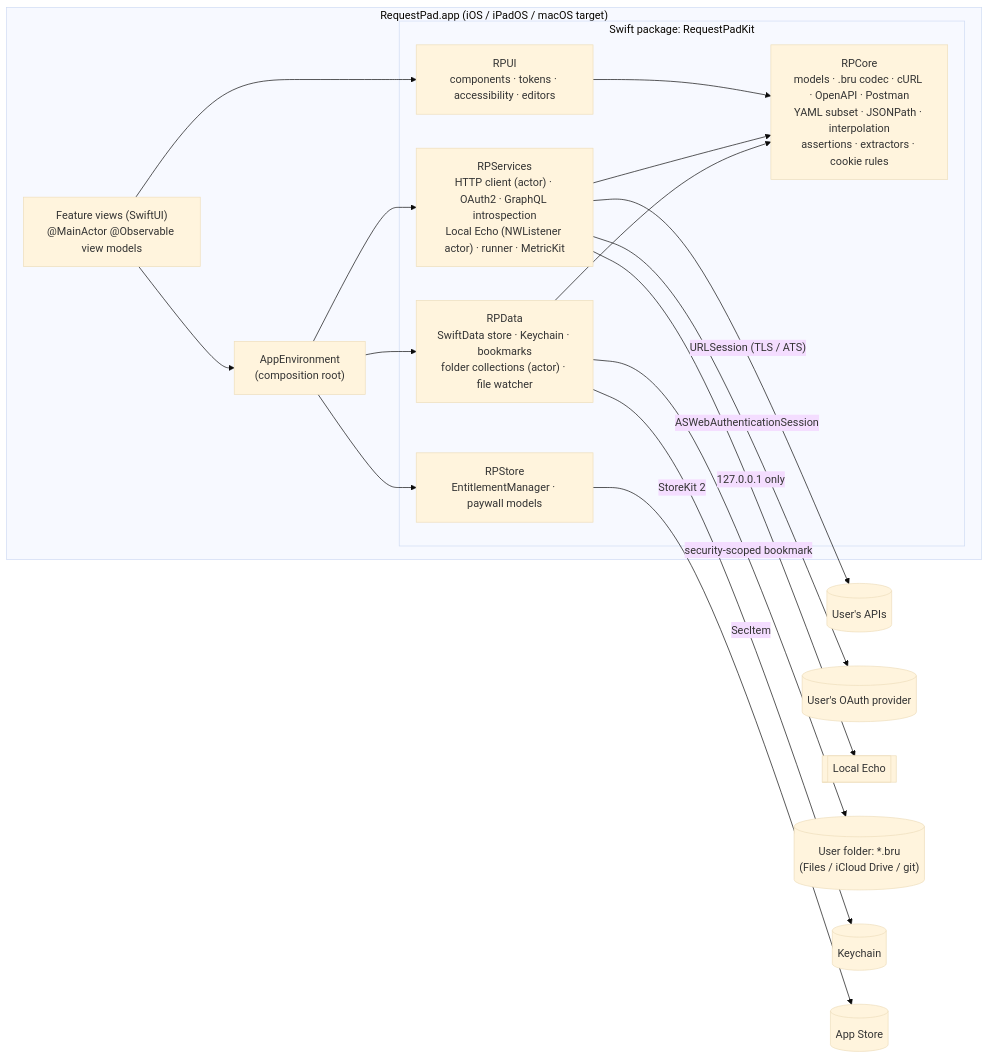
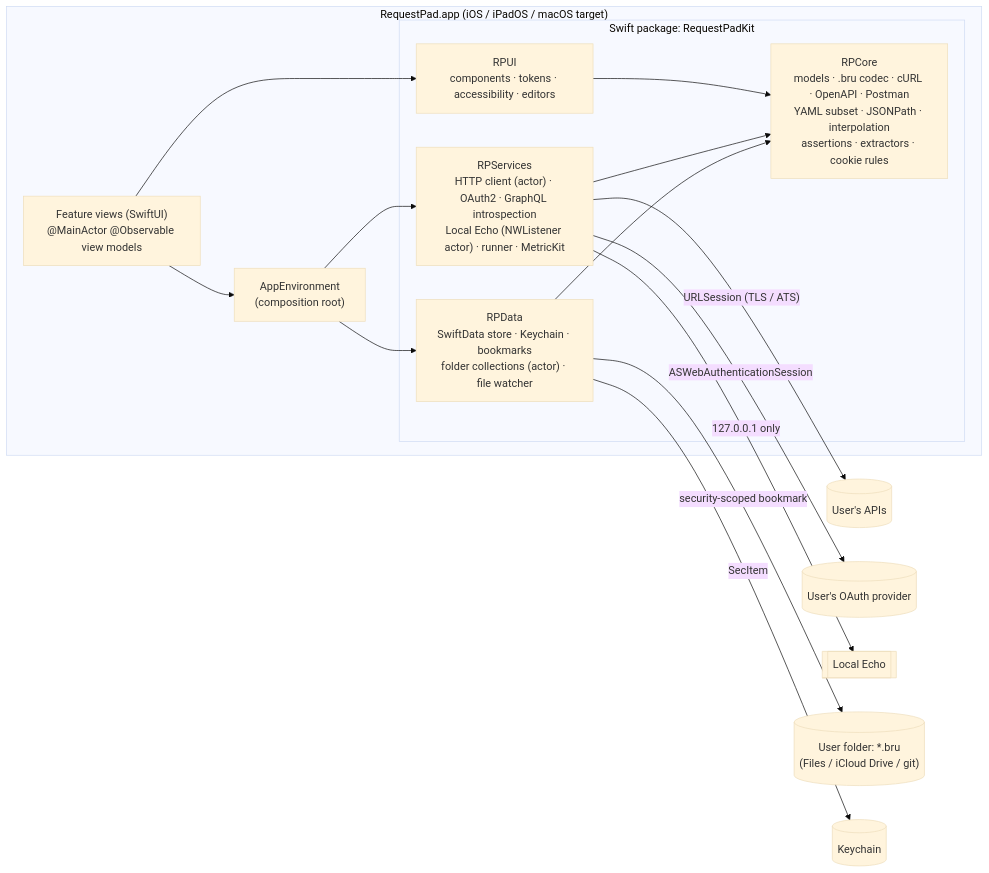
One commit to Eonix-Pvt-Ltd/RequestPad changed the first of 2 diagrams in docs/ARCHITECTURE.md. Above: the diagram before and after it, drawn with Mermaid (base theme). The commit also changed other lines of this file and 85 other files, not shown here.

````diff
--- a/docs/ARCHITECTURE.md
+++ b/docs/ARCHITECTURE.md
@@ -8,24 +8,22 @@
 ```mermaid
 flowchart LR
   subgraph App["RequestPad.app (iOS / iPadOS / macOS target)"]
     UI["Feature views (SwiftUI)\n@MainActor @Observable view models"]
     ENV["AppEnvironment\n(composition root)"]
     subgraph Pkg["Swift package: RequestPadKit"]
       Core["RPCore\nmodels · .bru codec · cURL · OpenAPI · Postman\nYAML subset · JSONPath · interpolation\nassertions · extractors · cookie rules"]
       Data["RPData\nSwiftData store · Keychain · bookmarks\nfolder collections (actor) · file watcher"]
       Svc["RPServices\nHTTP client (actor) · OAuth2 · GraphQL introspection\nLocal Echo (NWListener actor) · runner · MetricKit"]
-      Store["RPStore\nEntitlementManager · paywall models"]
       RPUI["RPUI\ncomponents · tokens · accessibility · editors"]
     end
   end
-  UI --> ENV --> Data & Svc & Store
+  UI --> ENV --> Data & Svc
   Data --> Core
   Svc --> Core
   UI --> RPUI --> Core
   Svc -- "URLSession (TLS / ATS)" --> APIs[("User's APIs")]
   Svc -- "ASWebAuthenticationSession" --> IdP[("User's OAuth provider")]
   Svc -- "127.0.0.1 only" --> Echo[["Local Echo"]]
   Data -- "security-scoped bookmark" --> Folder[("User folder: *.bru\n(Files / iCloud Drive / git)")]
   Data -- "SecItem" --> KC[("Keychain")]
-  Store -- "StoreKit 2" --> AS[("App Store")]
 ```
````
